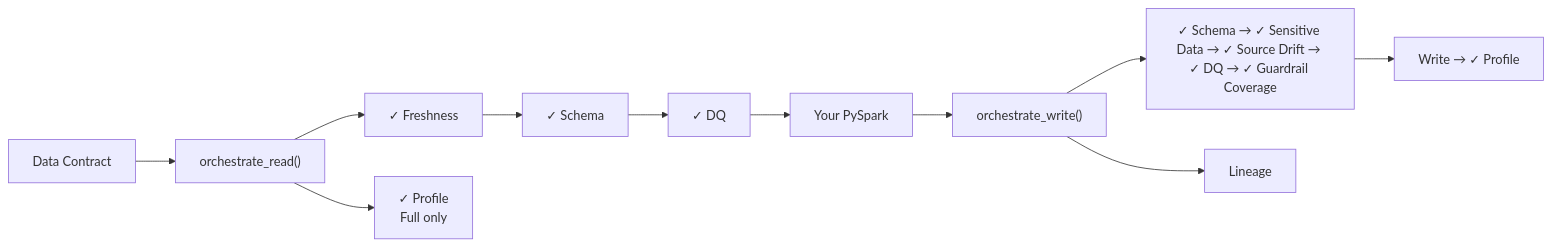
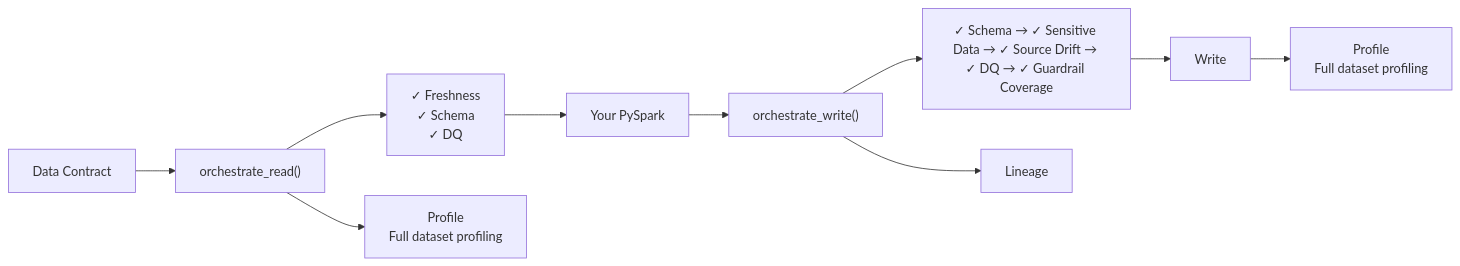
One commit to Voycepeh/FabricOps-Starter-Kit changed the second of 2 diagrams in docs/solutions/plug-and-play-data-pipelines.md. Above: the diagram before and after it, drawn with Mermaid. The commit also changed other lines of this file, not shown here.

Commit message:
docs: simplify pipeline profiling flow

````diff
--- a/docs/solutions/plug-and-play-data-pipelines.md
+++ b/docs/solutions/plug-and-play-data-pipelines.md
@@ -117,11 +117,11 @@
 ```mermaid
 flowchart LR
     CONTRACT["Data Contract"] --> READ["orchestrate_read()"]
-    READ --> FRESH["✓ Freshness"] --> SCHEMA["✓ Schema"] --> DQ["✓ DQ"] --> TRANSFORM["Your PySpark"]
-    READ --> PROFILE["✓ Profile<br/>Full only"]
+    READ --> READ_CHECKS["✓ Freshness<br/>✓ Schema<br/>✓ DQ"] --> TRANSFORM["Your PySpark"]
+    READ --> PROFILE["Profile<br/>Full dataset profiling"]
 
     TRANSFORM --> WRITE["orchestrate_write()"]
     WRITE --> WRITE_CHECKS["✓ Schema → ✓ Sensitive Data → ✓ Source Drift → ✓ DQ → ✓ Guardrail Coverage"]
-    WRITE_CHECKS --> PUBLISH["Write → ✓ Profile"]
+    WRITE_CHECKS --> PUBLISH["Write"] --> WRITE_PROFILE["Profile<br/>Full dataset profiling"]
     WRITE --> LINEAGE["Lineage"]
 ```
````
